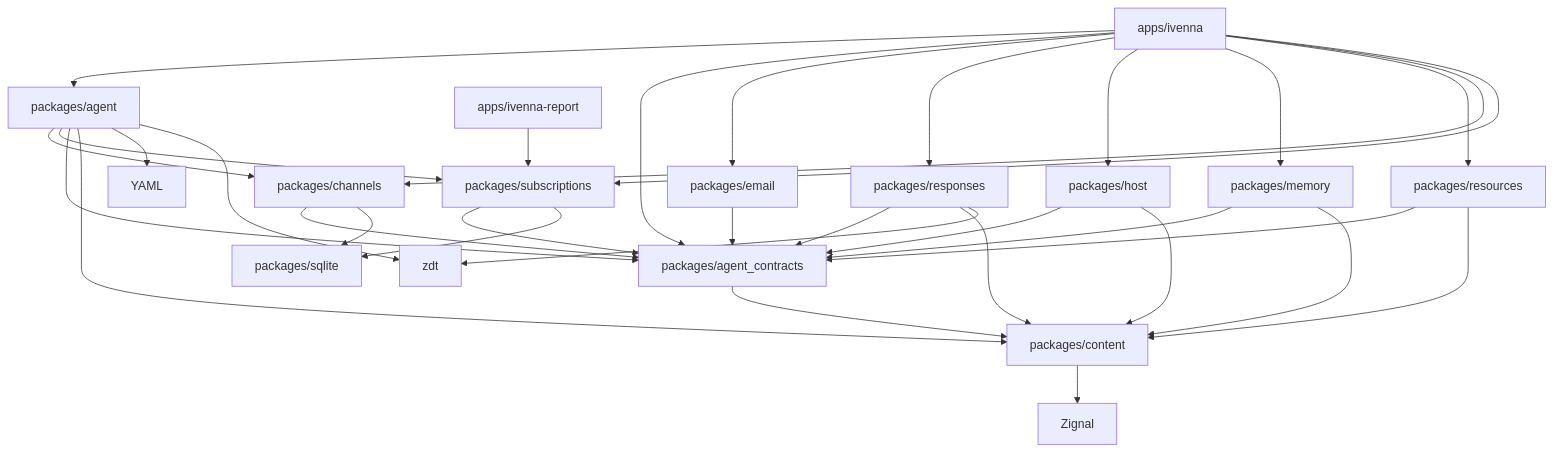
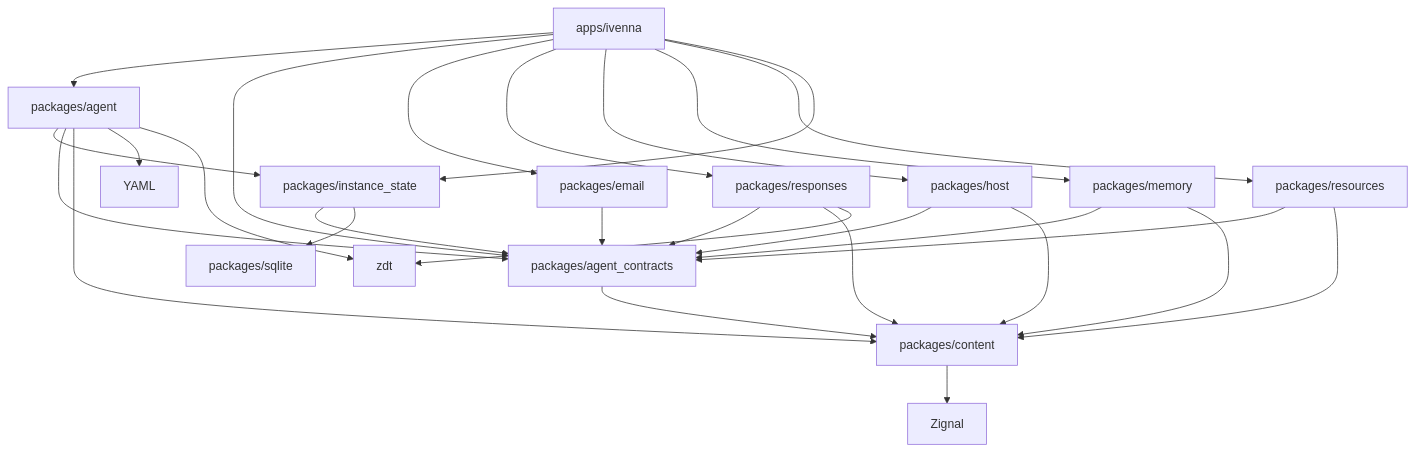
The diagram in docs/architecture.md (Ivenna/Ivenna), drawn with Mermaid before and after one commit. The commit also changed other lines of this file and 59 other files, not shown here.

````diff
--- a/docs/architecture.md
+++ b/docs/architecture.md
@@ -30,35 +28,30 @@
 ```mermaid
 flowchart TD
     App[apps/ivenna] --> Agent[packages/agent]
     App --> Contracts[packages/agent_contracts]
     App --> Email[packages/email]
     App --> Responses[packages/responses]
     App --> Host[packages/host]
     App --> Memory[packages/memory]
     App --> Resources[packages/resources]
-    App --> Channels[packages/channels]
-    App --> Subscriptions[packages/subscriptions]
-    Report[apps/ivenna-report] --> Subscriptions
-    Agent --> Channels
-    Agent --> Subscriptions
-    Channels --> Contracts
-    Subscriptions --> Contracts
-    Channels --> SQLite[packages/sqlite]
-    Subscriptions --> SQLite
+    App --> State[packages/instance_state]
+    Agent --> State
+    State --> Contracts
+    State --> SQLite[packages/sqlite]
     Agent --> Contracts
     Email --> Contracts
     Responses --> Contracts
     Host --> Contracts
     Memory --> Contracts
     Host --> Content[packages/content]
     Memory --> Content
     Resources --> Contracts
     Resources --> Content
     Responses --> Content
     Agent --> Content
     Contracts --> Content
     Content --> Zignal[Zignal]
     Agent --> YAML[YAML]
     Agent --> Zdt[zdt]
     Responses --> Zdt
 ```
````
